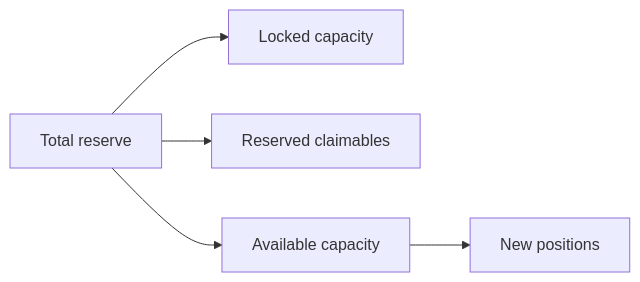
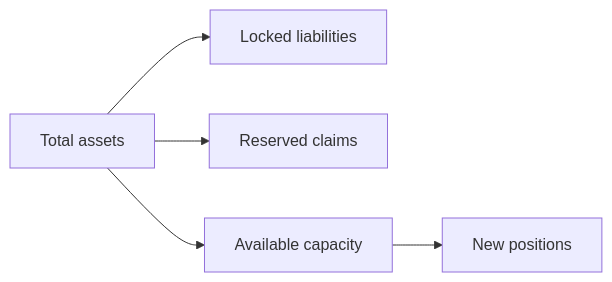
Before and after one commit to CoverFI-space/coverfi-docs: the first of 2 diagrams in economics.md, drawn with Mermaid. The commit also changed other lines of this file and 28 other files, not shown here.

First line of the commit message:
Add technical architecture page and sync docs with current workspace

````diff
--- a/economics.md
+++ b/economics.md
@@ -40,7 +40,7 @@
 ```mermaid
 flowchart LR
-  A[Total reserve] --> B[Locked capacity]
-  A --> C[Reserved claimables]
+  A[Total assets] --> B[Locked liabilities]
+  A --> C[Reserved claims]
   A --> D[Available capacity]
   D --> E[New positions]
 ```
````
